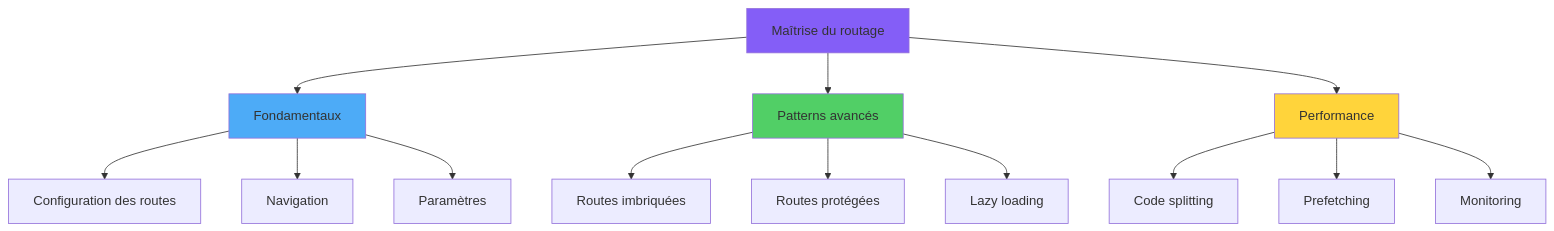
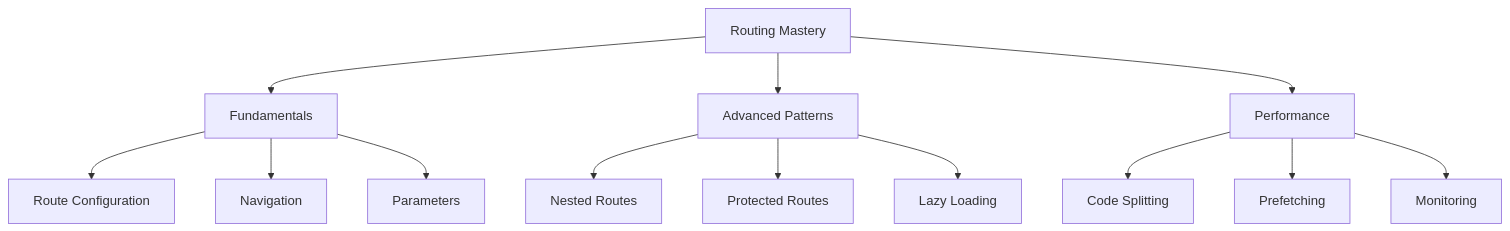
Before and after one commit to BabaScience/react-guides: the sixth of 6 diagrams in arguments/chapters/fr/05-routing.md, drawn with Mermaid. The commit also changed other lines of this file and 29 other files, not shown here.

First line of the commit message:
Bring React FR/IT translations to full English parity + theme-safe diagrams

````diff
--- a/arguments/chapters/fr/05-routing.md
+++ b/arguments/chapters/fr/05-routing.md
@@ -343,23 +2275,19 @@
 ```mermaid
 graph TD
-    A["Maîtrise du routage"] --> B["Fondamentaux"]
-    A --> C["Patterns avancés"]
-    A --> D["Performance"]
-
-    B --> B1["Configuration des routes"]
-    B --> B2["Navigation"]
-    B --> B3["Paramètres"]
-
-    C --> C1["Routes imbriquées"]
-    C --> C2["Routes protégées"]
-    C --> C3["Lazy loading"]
-
-    D --> D1["Code splitting"]
-    D --> D2["Prefetching"]
-    D --> D3["Monitoring"]
-
-    style A fill:#845ef7
-    style B fill:#4dabf7
-    style C fill:#51cf66
-    style D fill:#ffd43b
+    A[Routing Mastery] --> B[Fundamentals]
+    A --> C[Advanced Patterns]
+    A --> D[Performance]
+    
+    B --> B1[Route Configuration]
+    B --> B2[Navigation]
+    B --> B3[Parameters]
+    
+    C --> C1[Nested Routes]
+    C --> C2[Protected Routes]
+    C --> C3[Lazy Loading]
+    
+    D --> D1[Code Splitting]
+    D --> D2[Prefetching]
+    D --> D3[Monitoring]
+    
 ```
````
